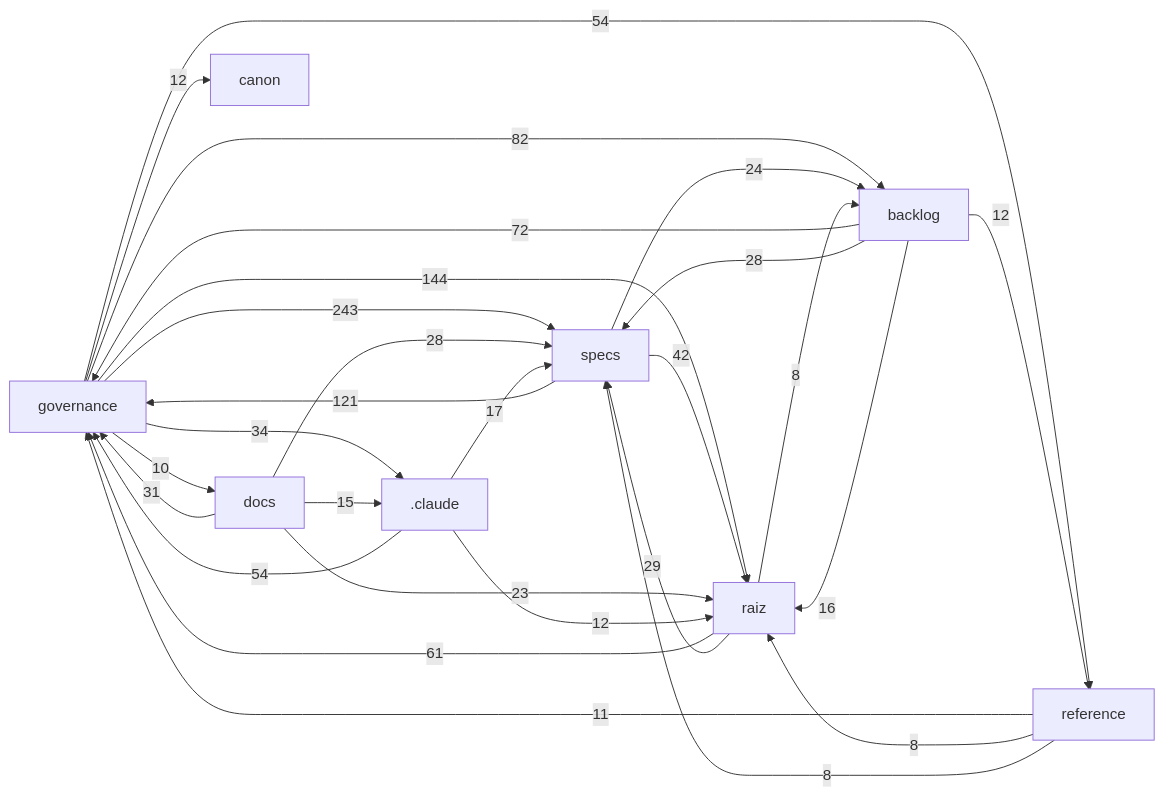
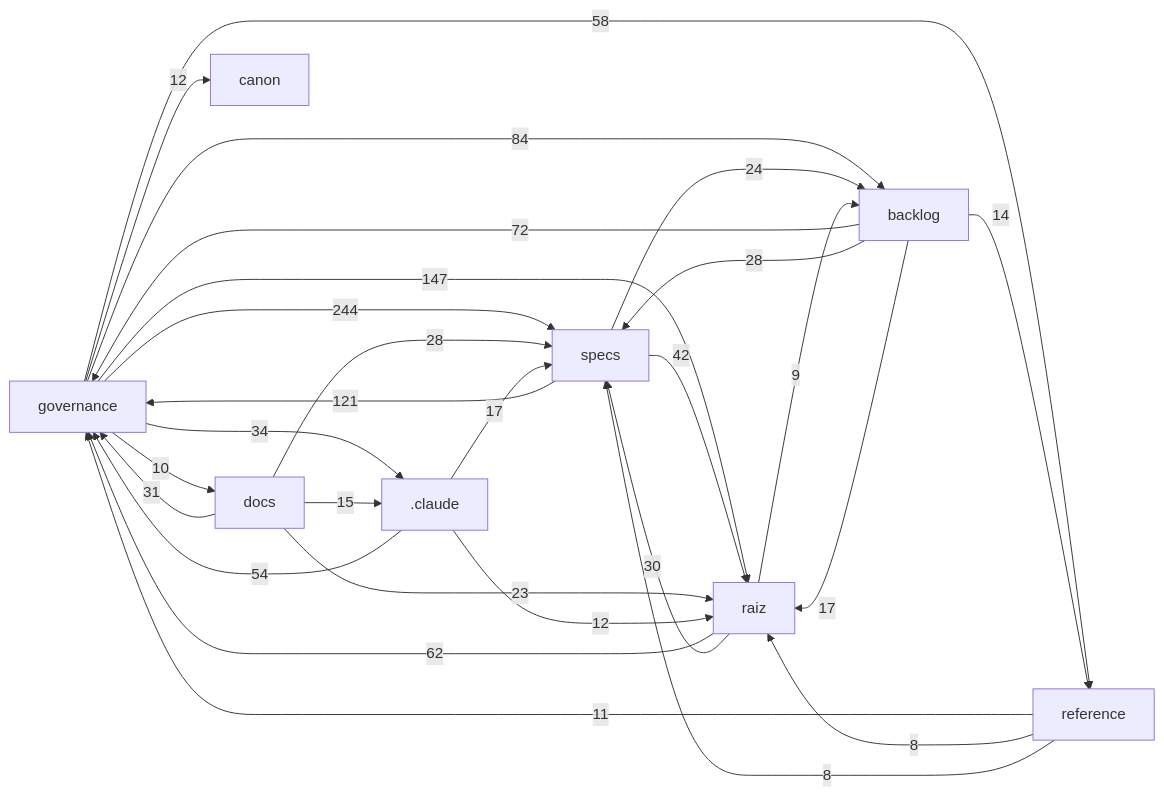
One commit to Andraus35/Sistema-Operacional-de-Trading--SOT changed the diagram in docs/mapa/MAPA-PROJETO.md. Above: the diagram before and after it, drawn with Mermaid. The commit also changed other lines of this file and 8 other files, not shown here.

````diff
--- a/docs/mapa/MAPA-PROJETO.md
+++ b/docs/mapa/MAPA-PROJETO.md
@@ -30,30 +30,30 @@
 ```mermaid
 flowchart LR
-  governance["governance"] -->|243| specs["specs"]
-  governance["governance"] -->|144| raiz["raiz"]
+  governance["governance"] -->|244| specs["specs"]
+  governance["governance"] -->|147| raiz["raiz"]
   specs["specs"] -->|121| governance["governance"]
-  governance["governance"] -->|82| backlog["backlog"]
+  governance["governance"] -->|84| backlog["backlog"]
   backlog["backlog"] -->|72| governance["governance"]
-  raiz["raiz"] -->|61| governance["governance"]
+  raiz["raiz"] -->|62| governance["governance"]
+  governance["governance"] -->|58| reference["reference"]
   _claude[".claude"] -->|54| governance["governance"]
-  governance["governance"] -->|54| reference["reference"]
   specs["specs"] -->|42| raiz["raiz"]
   governance["governance"] -->|34| _claude[".claude"]
   docs["docs"] -->|31| governance["governance"]
-  raiz["raiz"] -->|29| specs["specs"]
+  raiz["raiz"] -->|30| specs["specs"]
   backlog["backlog"] -->|28| specs["specs"]
   docs["docs"] -->|28| specs["specs"]
   specs["specs"] -->|24| backlog["backlog"]
   docs["docs"] -->|23| raiz["raiz"]
   _claude[".claude"] -->|17| specs["specs"]
-  backlog["backlog"] -->|16| raiz["raiz"]
+  backlog["backlog"] -->|17| raiz["raiz"]
   docs["docs"] -->|15| _claude[".claude"]
+  backlog["backlog"] -->|14| reference["reference"]
   _claude[".claude"] -->|12| raiz["raiz"]
-  backlog["backlog"] -->|12| reference["reference"]
   governance["governance"] -->|12| canon["canon"]
   reference["reference"] -->|11| governance["governance"]
   governance["governance"] -->|10| docs["docs"]
-  raiz["raiz"] -->|8| backlog["backlog"]
+  raiz["raiz"] -->|9| backlog["backlog"]
   reference["reference"] -->|8| raiz["raiz"]
   reference["reference"] -->|8| specs["specs"]
 ```
````
